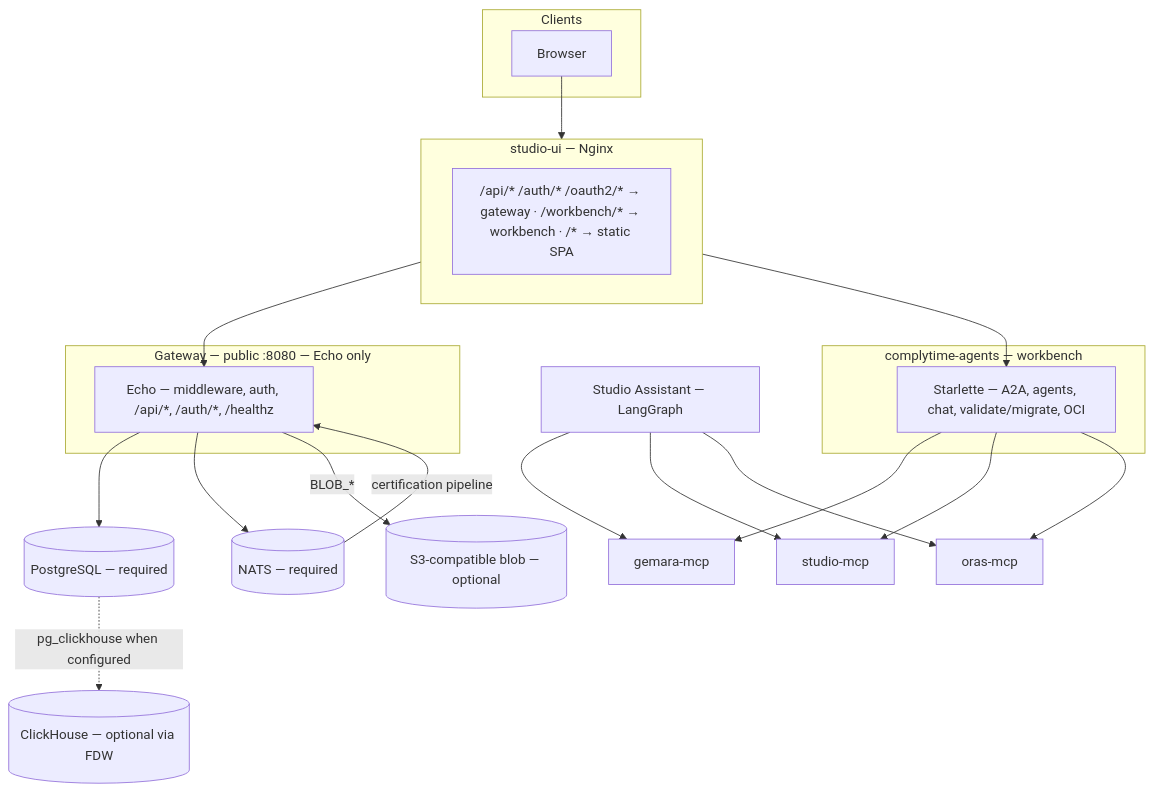
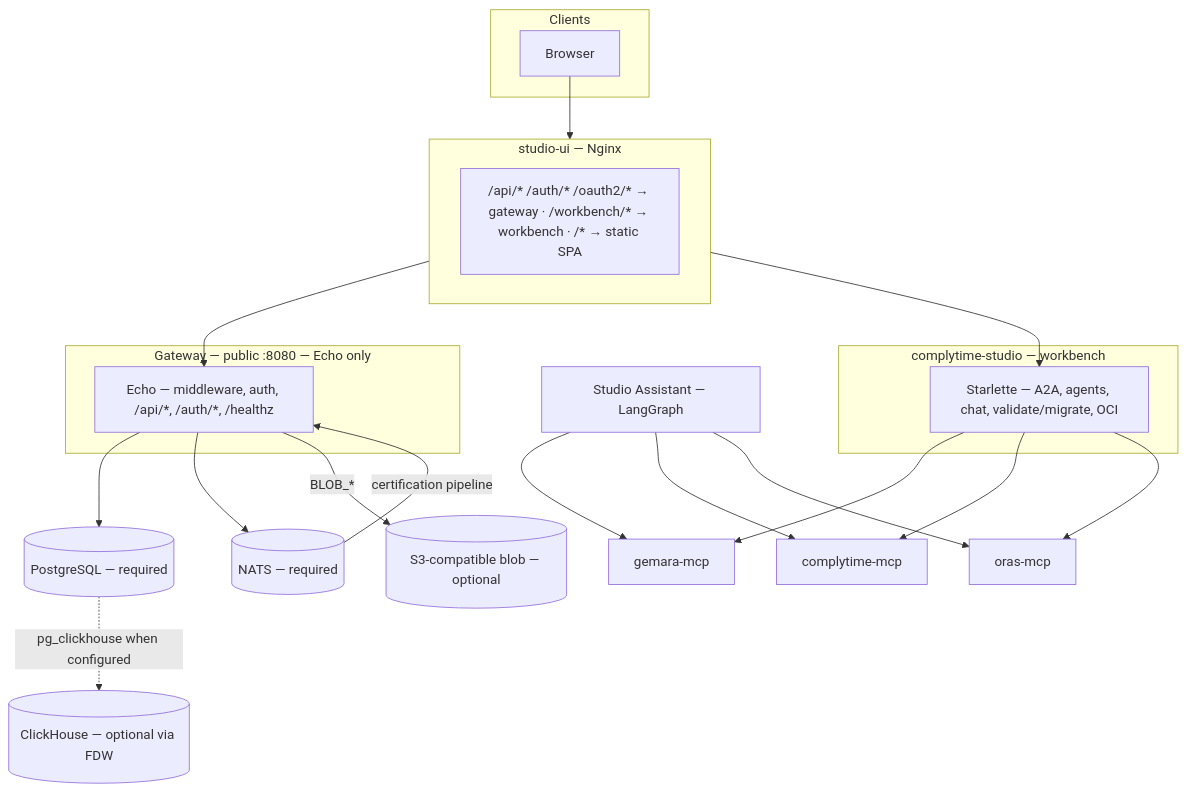
The first of 2 diagrams in docs/design/architecture.md (jpower432/complytime-studio), drawn with Mermaid before and after one commit. The commit also changed other lines of this file and 22 other files, not shown here.

````diff
--- a/docs/design/architecture.md
+++ b/docs/design/architecture.md
@@ -15,44 +15,44 @@
 ```mermaid
 flowchart TB
   subgraph Clients
     Browser["Browser"]
   end
 
   subgraph Nginx["studio-ui — Nginx"]
     Routes["/api/* /auth/* /oauth2/* → gateway · /workbench/* → workbench · /* → static SPA"]
   end
 
   subgraph Gateway["Gateway — public :8080 — Echo only"]
     Echo["Echo — middleware, auth, /api/*, /auth/*, /healthz"]
   end
 
   PG[("PostgreSQL — required")]
   NATS[("NATS — required")]
   Blob[("S3-compatible blob — optional")]
   CH[("ClickHouse — optional via FDW")]
 
-  subgraph Workbench["complytime-agents — workbench"]
+  subgraph Workbench["complytime-studio — workbench"]
     WB["Starlette — A2A, agents, chat, validate/migrate, OCI"]
   end
 
   GemaraMCP["gemara-mcp"]
-  StudioMCP["studio-mcp"]
+  StudioMCP["complytime-mcp"]
   OrasMCP["oras-mcp"]
 
   Assistant["Studio Assistant — LangGraph"]
 
   Browser --> Nginx
   Nginx --> Echo
   Nginx --> WB
   Echo --> PG
   Echo --> NATS
   Echo -->|"BLOB_*"| Blob
   WB --> GemaraMCP
   WB --> StudioMCP
   WB --> OrasMCP
   Assistant --> GemaraMCP
   Assistant --> StudioMCP
   Assistant --> OrasMCP
   PG -.->|"pg_clickhouse when configured"| CH
   NATS -->|"certification pipeline"| Echo
 ```
````
